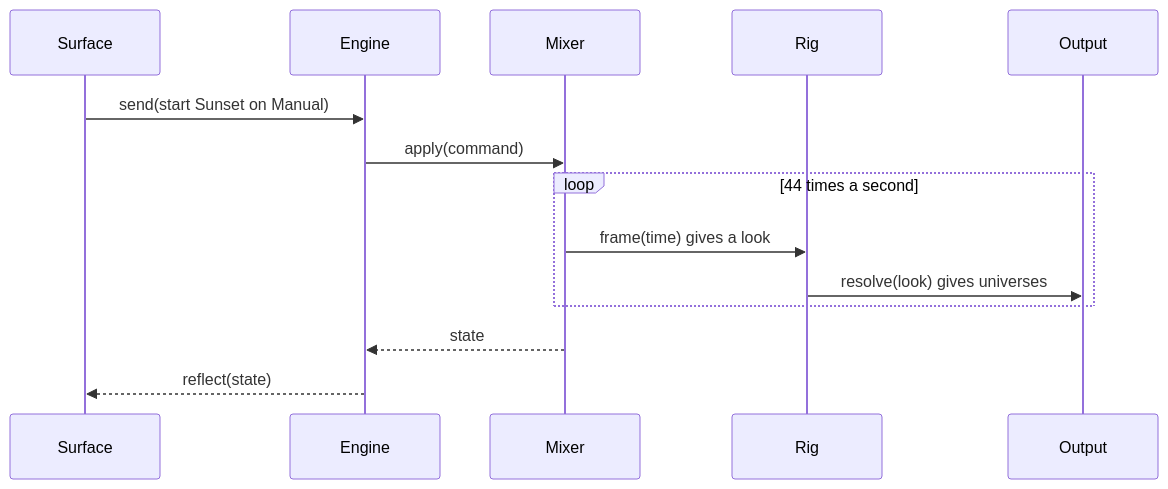
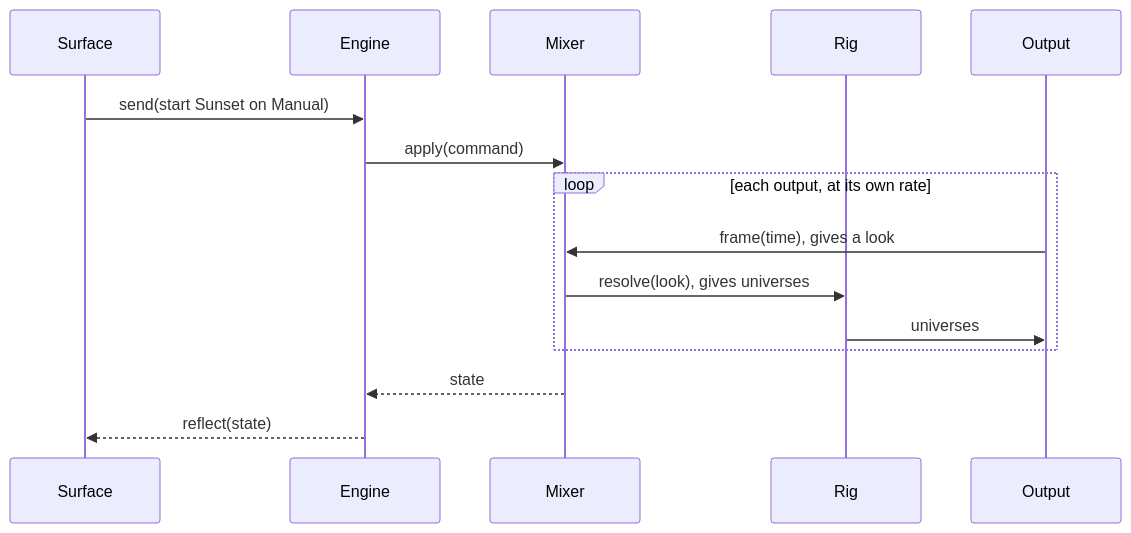
Before and after one commit to abossard/bossylights: the third of 4 diagrams in docs/design/modules.md, drawn with Mermaid. The commit also changed other lines of this file and 2 other files, not shown here.

Commit message:
docs: the frame rate belongs to each output, with a default per protocol; a frame is computed for a moment in time

````diff
--- a/docs/design/modules.md
+++ b/docs/design/modules.md
@@ -104,16 +104,17 @@
 ```mermaid
 sequenceDiagram
   participant S as Surface
   participant D as Engine
   participant M as Mixer
   participant R as Rig
   participant O as Output
   S->>D: send(start Sunset on Manual)
   D->>M: apply(command)
-  loop 44 times a second
-    M->>R: frame(time) gives a look
-    R->>O: resolve(look) gives universes
+  loop each output, at its own rate
+    O->>M: frame(time), gives a look
+    M->>R: resolve(look), gives universes
+    R->>O: universes
   end
   M-->>D: state
   D-->>S: reflect(state)
 ```
````
